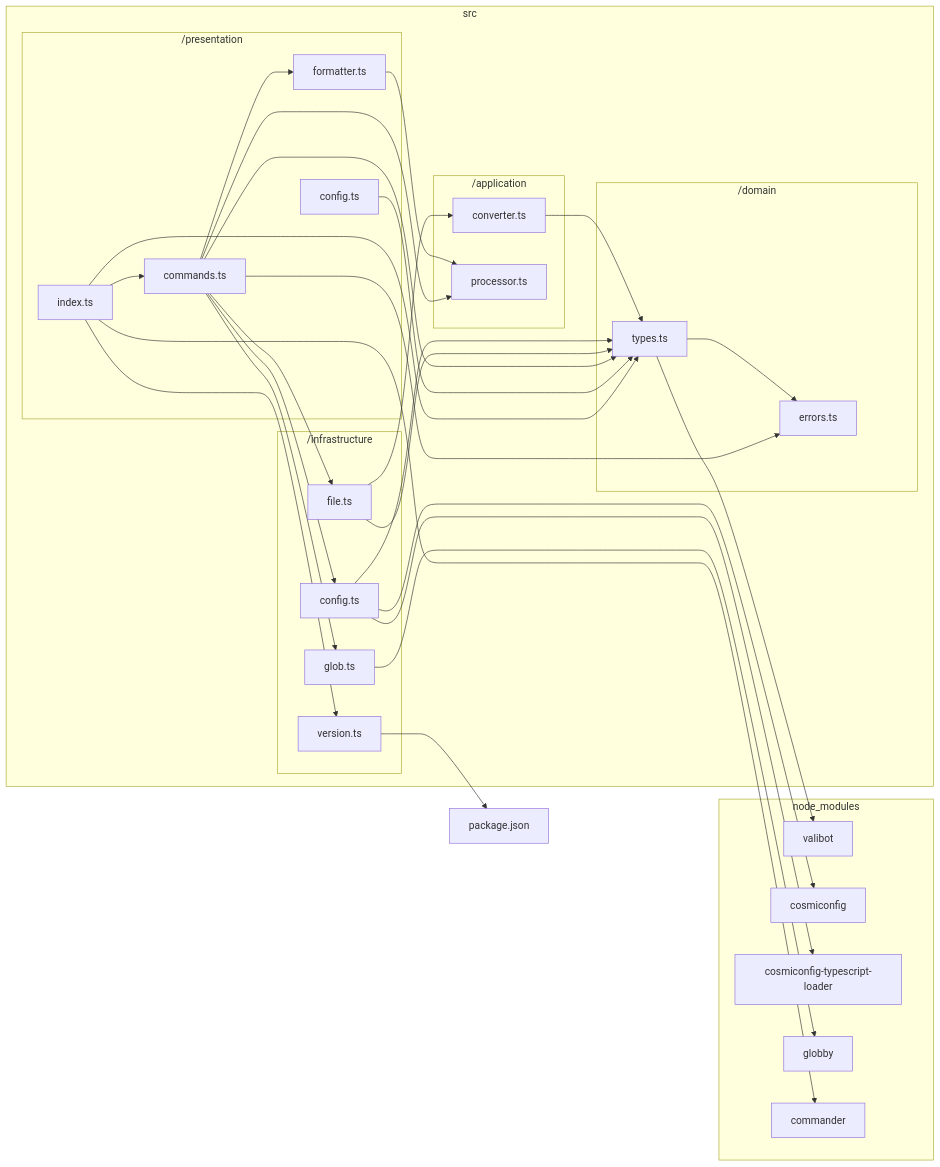
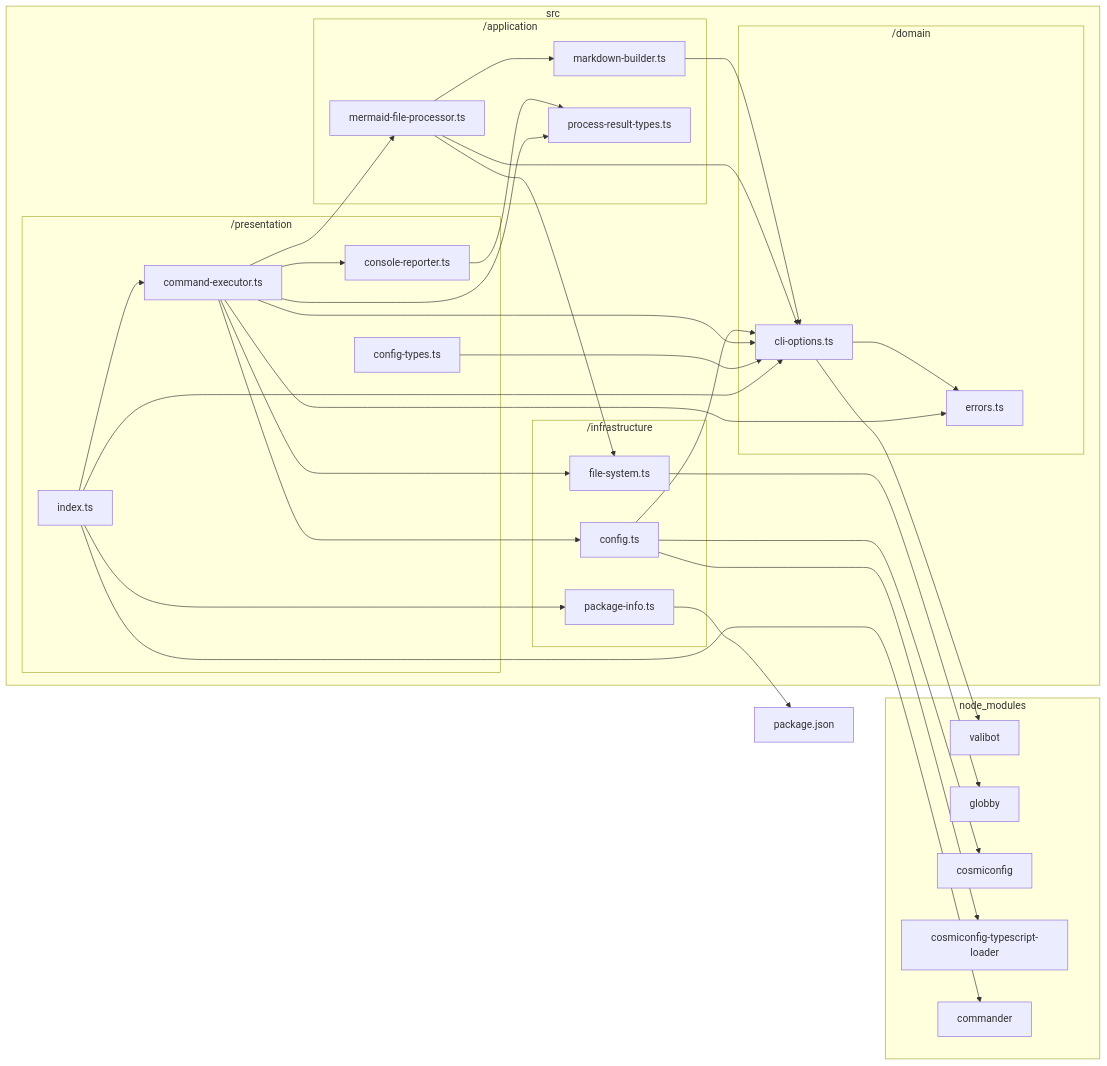
The diagram in docs/reports/dependencies/deps-graph.md (sugurutakahashi-1234/mermaid-markdown-wrap), drawn with Mermaid before and after one commit. The commit also changed 15 other files, not shown here.

First line of the commit message:
feat: implement CLI options and file processing [deps-change]

````diff
--- a/docs/reports/dependencies/deps-graph.md
+++ b/docs/reports/dependencies/deps-graph.md
@@ -7,55 +7,56 @@
 ```mermaid
 flowchart LR
     subgraph src["src"]
         subgraph src/domain["/domain"]
             src/domain/errors.ts["errors.ts"]
-            src/domain/types.ts["types.ts"]
+            src/domain/cli//options.ts["cli-options.ts"]
         end
         subgraph src/application["/application"]
-            src/application/converter.ts["converter.ts"]
-            src/application/processor.ts["processor.ts"]
+            src/application/markdown//builder.ts["markdown-builder.ts"]
+            src/application/mermaid//file//processor.ts["mermaid-file-processor.ts"]
+            src/application/process//result//types.ts["process-result-types.ts"]
         end
         subgraph src/infrastructure["/infrastructure"]
+            src/infrastructure/file//system.ts["file-system.ts"]
             src/infrastructure/config.ts["config.ts"]
-            src/infrastructure/file.ts["file.ts"]
-            src/infrastructure/glob.ts["glob.ts"]
-            src/infrastructure/version.ts["version.ts"]
+            src/infrastructure/package//info.ts["package-info.ts"]
         end
         subgraph src/presentation["/presentation"]
-            src/presentation/formatter.ts["formatter.ts"]
-            src/presentation/commands.ts["commands.ts"]
-            src/presentation/config.ts["config.ts"]
+            src/presentation/console//reporter.ts["console-reporter.ts"]
+            src/presentation/command//executor.ts["command-executor.ts"]
+            src/presentation/config//types.ts["config-types.ts"]
             src/presentation/index.ts["index.ts"]
         end
     end
     subgraph node//modules["node_modules"]
         node//modules/valibot/dist/index.d.cts["valibot"]
+        node//modules/globby/index.d.ts["globby"]
         node//modules/cosmiconfig/dist/index.d.ts["cosmiconfig"]
         node//modules/cosmiconfig//typescript//loader/dist/types/index.d.ts["cosmiconfig-typescript-loader"]
-        node//modules/globby/index.d.ts["globby"]
         node//modules/commander/typings/index.d.ts["commander"]
     end
-    src/domain/types.ts-->node//modules/valibot/dist/index.d.cts
-    src/domain/types.ts-->src/domain/errors.ts
-    src/application/converter.ts-->src/domain/types.ts
+    src/domain/cli//options.ts-->node//modules/valibot/dist/index.d.cts
+    src/domain/cli//options.ts-->src/domain/errors.ts
+    src/application/markdown//builder.ts-->src/domain/cli//options.ts
+    src/infrastructure/file//system.ts-->node//modules/globby/index.d.ts
+    src/application/mermaid//file//processor.ts-->src/domain/cli//options.ts
+    src/application/mermaid//file//processor.ts-->src/infrastructure/file//system.ts
+    src/application/mermaid//file//processor.ts-->src/application/markdown//builder.ts
     src/infrastructure/config.ts-->node//modules/cosmiconfig/dist/index.d.ts
     src/infrastructure/config.ts-->node//modules/cosmiconfig//typescript//loader/dist/types/index.d.ts
-    src/infrastructure/config.ts-->src/domain/types.ts
-    src/infrastructure/file.ts-->src/application/converter.ts
-    src/infrastructure/file.ts-->src/domain/types.ts
-    src/infrastructure/glob.ts-->node//modules/globby/index.d.ts
-    src/infrastructure/version.ts-->package.json
-    src/presentation/formatter.ts-->src/application/processor.ts
-    src/presentation/commands.ts-->src/application/processor.ts
-    src/presentation/commands.ts-->src/domain/errors.ts
-    src/presentation/commands.ts-->src/domain/types.ts
-    src/presentation/commands.ts-->src/infrastructure/config.ts
-    src/presentation/commands.ts-->src/infrastructure/file.ts
-    src/presentation/commands.ts-->src/infrastructure/glob.ts
-    src/presentation/commands.ts-->src/presentation/formatter.ts
-    src/presentation/config.ts-->src/domain/types.ts
+    src/infrastructure/config.ts-->src/domain/cli//options.ts
+    src/infrastructure/package//info.ts-->package.json
+    src/presentation/console//reporter.ts-->src/application/process//result//types.ts
+    src/presentation/command//executor.ts-->src/application/mermaid//file//processor.ts
+    src/presentation/command//executor.ts-->src/application/process//result//types.ts
+    src/presentation/command//executor.ts-->src/domain/cli//options.ts
+    src/presentation/command//executor.ts-->src/domain/errors.ts
+    src/presentation/command//executor.ts-->src/infrastructure/config.ts
+    src/presentation/command//executor.ts-->src/infrastructure/file//system.ts
+    src/presentation/command//executor.ts-->src/presentation/console//reporter.ts
+    src/presentation/config//types.ts-->src/domain/cli//options.ts
     src/presentation/index.ts-->node//modules/commander/typings/index.d.ts
-    src/presentation/index.ts-->src/domain/types.ts
-    src/presentation/index.ts-->src/infrastructure/version.ts
-    src/presentation/index.ts-->src/presentation/commands.ts
+    src/presentation/index.ts-->src/domain/cli//options.ts
+    src/presentation/index.ts-->src/infrastructure/package//info.ts
+    src/presentation/index.ts-->src/presentation/command//executor.ts
 ```
````
